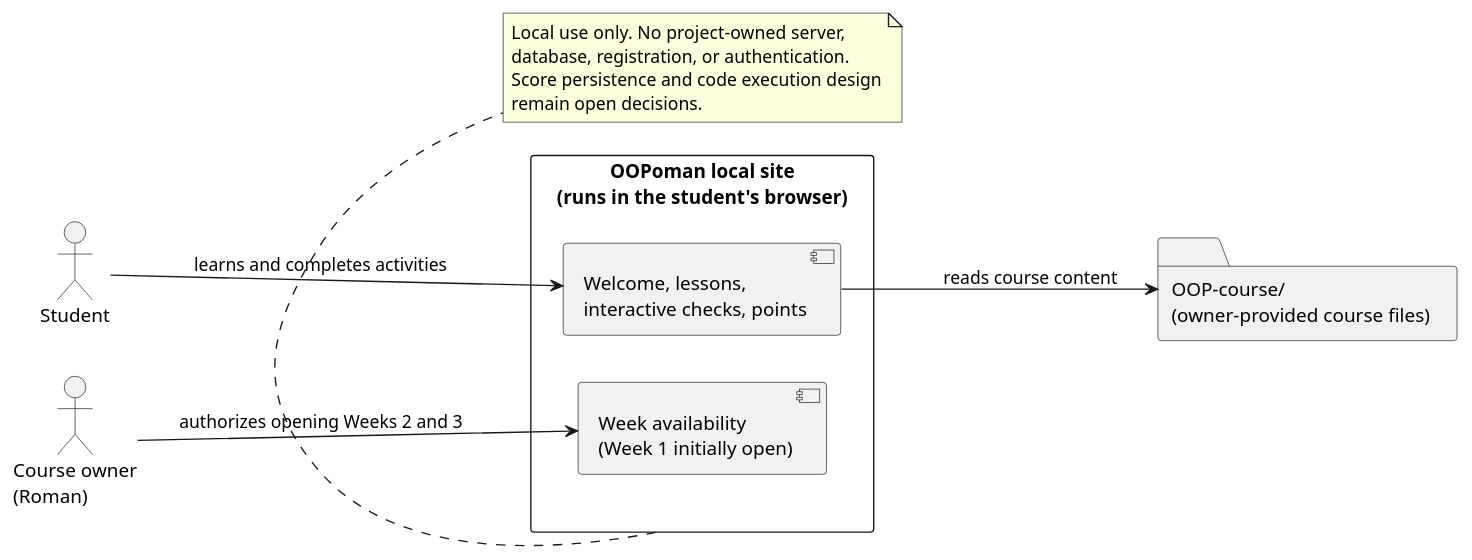
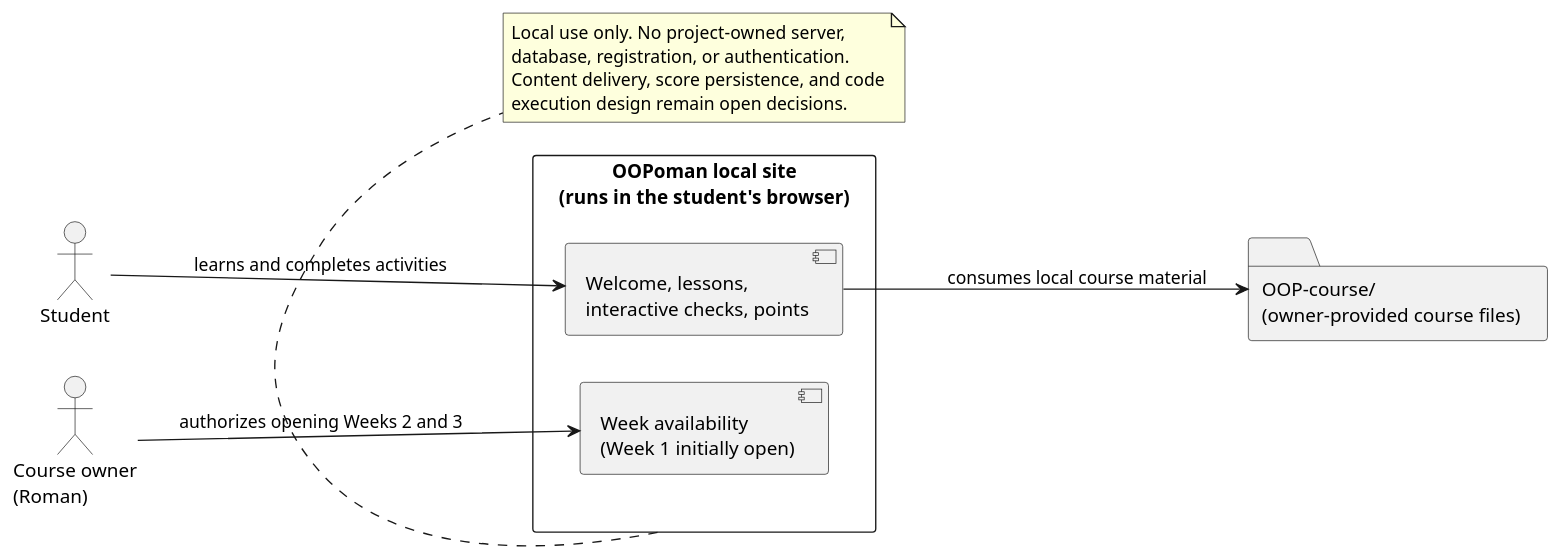
Before and after one commit to MeltedOperator/OOP_site: the diagram in architecture/context.puml, drawn with PlantUML. The commit also changed 3 other files, not shown here.

```diff
--- a/architecture/context.puml
+++ b/architecture/context.puml
@@ -1,22 +1,22 @@
 @startuml OOPomanContext
 left to right direction
 
 actor Student
 actor "Course owner\n(Roman)" as Owner
 rectangle "OOPoman local site\n(runs in the student's browser)" as Site {
   component "Welcome, lessons,\ninteractive checks, points" as CourseUI
   component "Week availability\n(Week 1 initially open)" as Availability
 }
 folder "OOP-course/\n(owner-provided course files)" as Materials
 
 Student --> CourseUI : learns and completes activities
-CourseUI --> Materials : reads course content
+CourseUI --> Materials : consumes local course material
 Owner --> Availability : authorizes opening Weeks 2 and 3
 
 note bottom of Site
   Local use only. No project-owned server,
   database, registration, or authentication.
-  Score persistence and code execution design
-  remain open decisions.
+  Content delivery, score persistence, and code
+  execution design remain open decisions.
 end note
 @enduml
```
